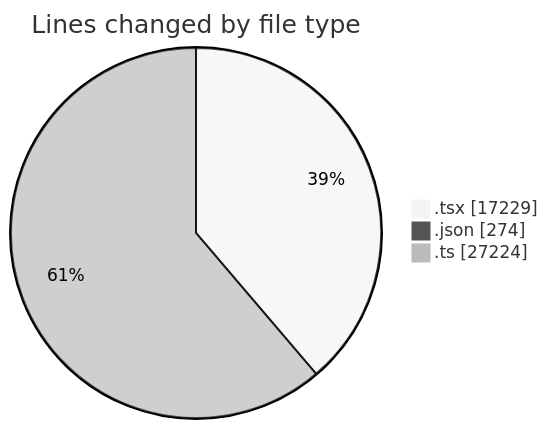
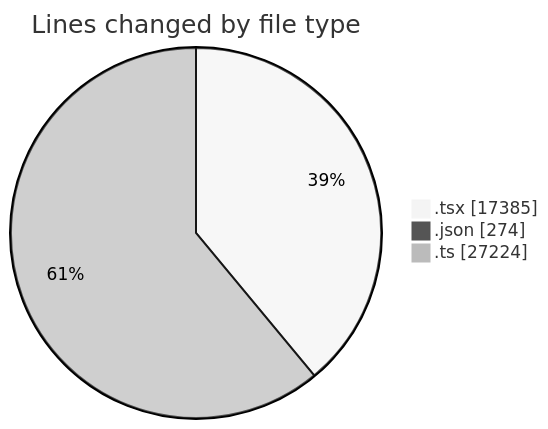
One commit to momahboobian/code-tracking changed the first of 2 diagrams in 2026-11-13/broadcaster-v6-feature/README.md. Above: the diagram before and after it, drawn with Mermaid (neutral theme). The commit also changed other lines of this file and 1 other file, not shown here.

````diff
--- a/2026-11-13/broadcaster-v6-feature/README.md
+++ b/2026-11-13/broadcaster-v6-feature/README.md
@@ -79,7 +81,7 @@
 ```mermaid
 pie showData
 title Lines changed by file type
-".tsx" : 17229
+".tsx" : 17385
 ".json" : 274
 ".ts" : 27224
 ```
````
